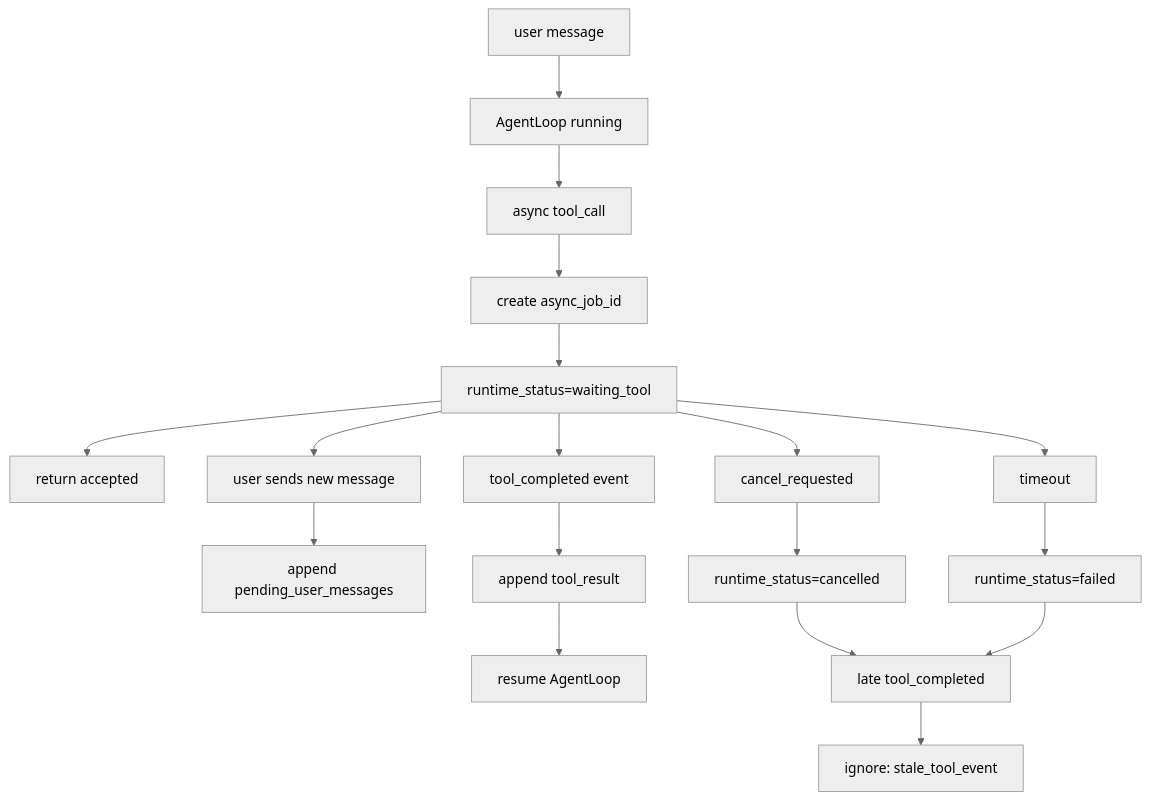
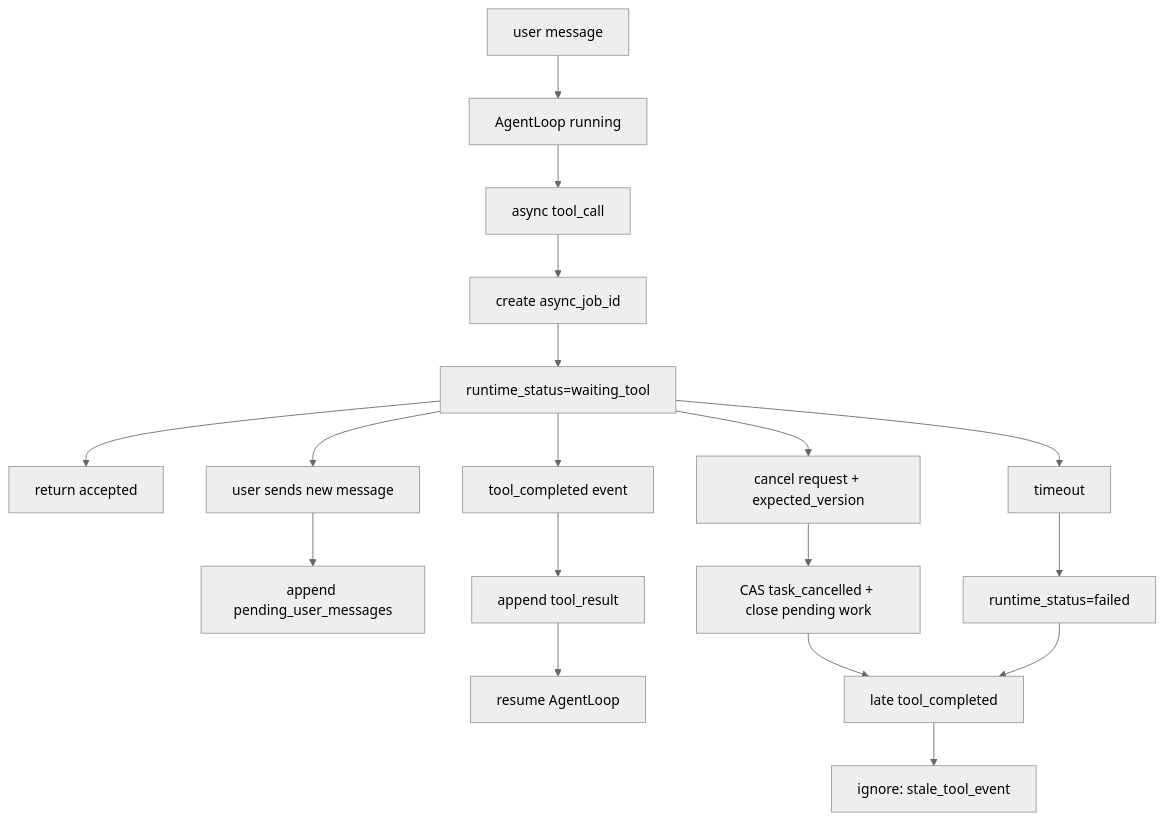
One commit to mmmmermer/AI-Infra-Learning-Lab changed the diagram in 40_实验练习/E04_Agent实验/E04-07 异步工具与 busy state.md. Above: the diagram before and after it, drawn with Mermaid (neutral theme). The commit also changed other lines of this file and 129 other files, not shown here.

````diff
--- a/40_实验练习/E04_Agent实验/E04-07 异步工具与 busy state.md
+++ b/40_实验练习/E04_Agent实验/E04-07 异步工具与 busy state.md
@@ -38,20 +38,20 @@
 ```mermaid
 flowchart TD
     A["user message"] --> B["AgentLoop running"]
     B --> C["async tool_call"]
     C --> D["create async_job_id"]
     D --> E["runtime_status=waiting_tool"]
     E --> F["return accepted"]
     E --> G["user sends new message"]
     G --> H["append pending_user_messages"]
     E --> I["tool_completed event"]
     I --> J["append tool_result"]
     J --> K["resume AgentLoop"]
-    E --> L["cancel_requested"]
-    L --> M["runtime_status=cancelled"]
+    E --> L["cancel request + expected_version"]
+    L --> M["CAS task_cancelled + close pending work"]
     E --> N["timeout"]
     N --> O["runtime_status=failed"]
     M --> P["late tool_completed"]
     O --> P
     P --> Q["ignore: stale_tool_event"]
 ```
````
